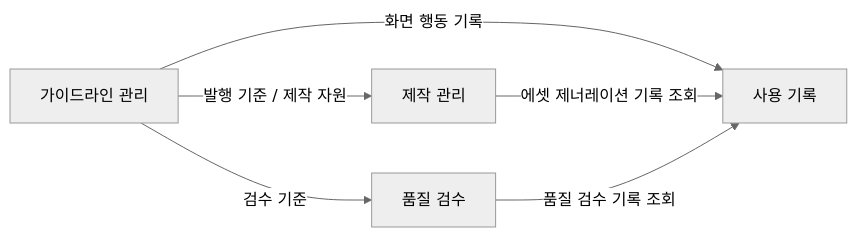
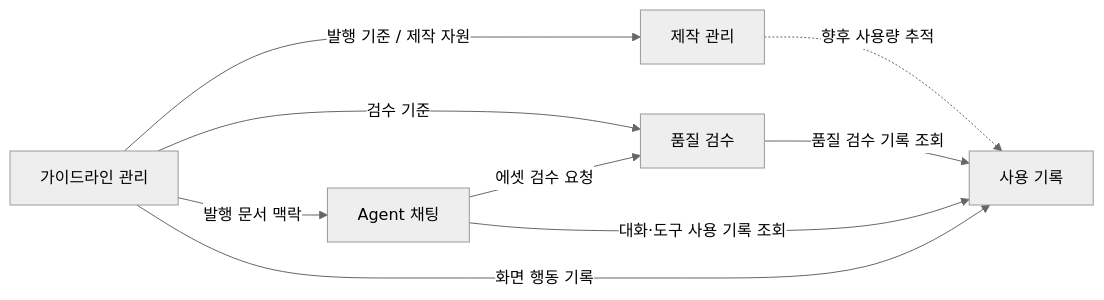
Before and after one commit to ewoooo/living-brand-system: the first of 5 diagrams in docs/04-domain-model.md, drawn with Mermaid (neutral theme). The commit also changed other lines of this file and 6 other files, not shown here.

````diff
--- a/docs/04-domain-model.md
+++ b/docs/04-domain-model.md
@@ -38,13 +50,17 @@
 ```mermaid
 flowchart LR
   Guideline["가이드라인 관리"]
   Production["제작 관리"]
   Quality["품질 검수"]
+  AgentChat["Agent 채팅"]
   UsageRecord["사용 기록"]
 
   Guideline -->|"발행 기준 / 제작 자원"| Production
   Guideline -->|"검수 기준"| Quality
+  Guideline -->|"발행 문서 맥락"| AgentChat
   Guideline -->|"화면 행동 기록"| UsageRecord
-  Production -->|"에셋 제너레이션 기록 조회"| UsageRecord
+  AgentChat -->|"에셋 검수 요청"| Quality
+  AgentChat -->|"대화·도구 사용 기록 조회"| UsageRecord
+  Production -.->|"향후 사용량 추적"| UsageRecord
   Quality -->|"품질 검수 기록 조회"| UsageRecord
 ```
````
